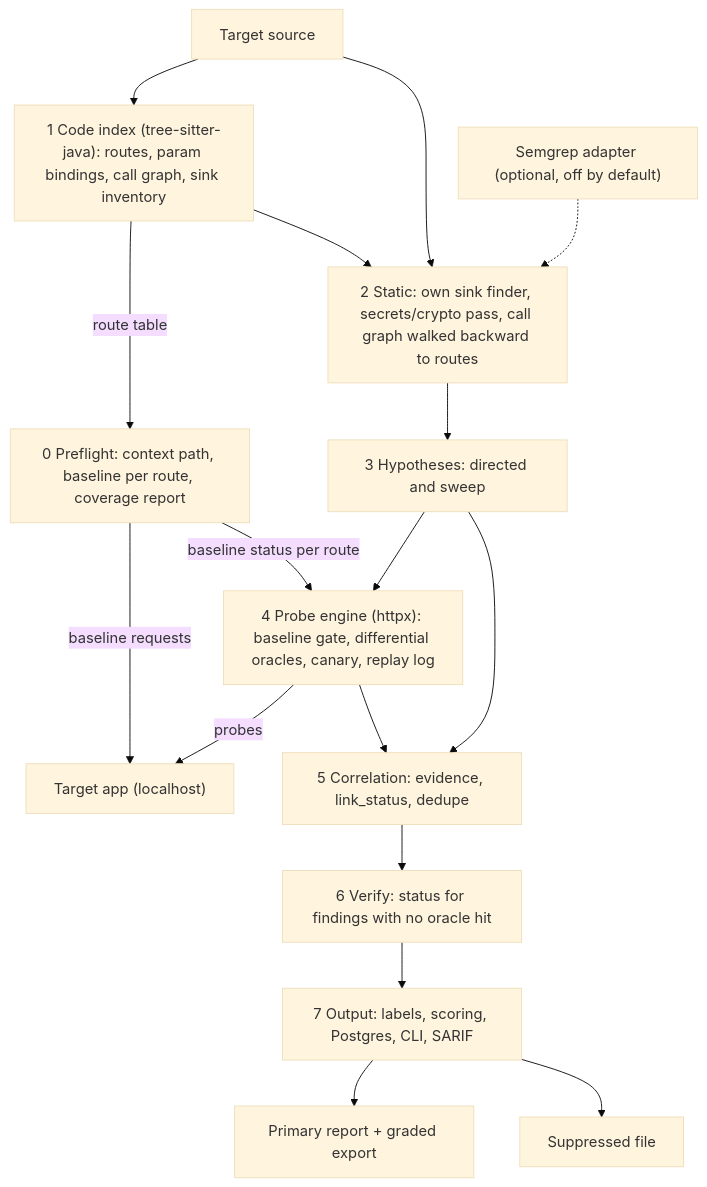
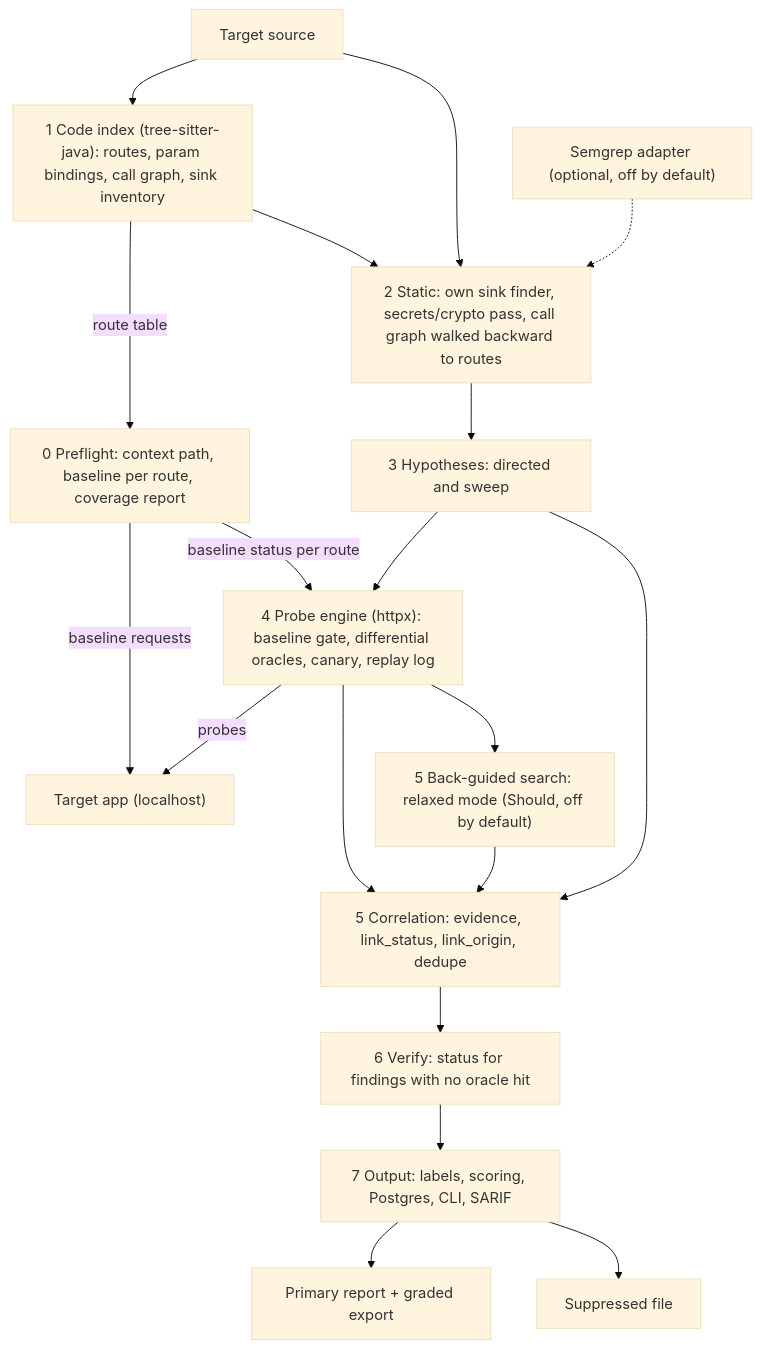
The first of 2 diagrams in docs/architecture.md (ROHITH-KUMAR-L/elenchus), drawn with Mermaid (base theme) before and after one commit. The commit also changed other lines of this file and 4 other files, not shown here.

````diff
--- a/docs/architecture.md
+++ b/docs/architecture.md
@@ -27,30 +27,33 @@
 ```mermaid
 flowchart TD
     src[Target source]
     app["Target app (localhost)"]
     idx["1 Code index (tree-sitter-java): routes, param bindings, call graph, sink inventory"]
     pre["0 Preflight: context path, baseline per route, coverage report"]
     sta["2 Static: own sink finder, secrets/crypto pass, call graph walked backward to routes"]
     semgrep["Semgrep adapter (optional, off by default)"]
     hyp["3 Hypotheses: directed and sweep"]
     probe["4 Probe engine (httpx): baseline gate, differential oracles, canary, replay log"]
-    corr["5 Correlation: evidence, link_status, dedupe"]
+    corr["5 Correlation: evidence, link_status, link_origin, dedupe"]
+    bg["5 Back-guided search: relaxed mode (Should, off by default)"]
     ver["6 Verify: status for findings with no oracle hit"]
     out["7 Output: labels, scoring, Postgres, CLI, SARIF"]
     src --> idx
     idx -- route table --> pre
     pre -- baseline requests --> app
     idx --> sta
     src --> sta
     semgrep -.-> sta
     sta --> hyp
     pre -- baseline status per route --> probe
     hyp --> probe
     probe -- probes --> app
     probe --> corr
+    probe --> bg
+    bg --> corr
     hyp --> corr
     corr --> ver
     ver --> out
     out --> graded["Primary report + graded export"]
     out --> supp["Suppressed file"]
 ```
````
